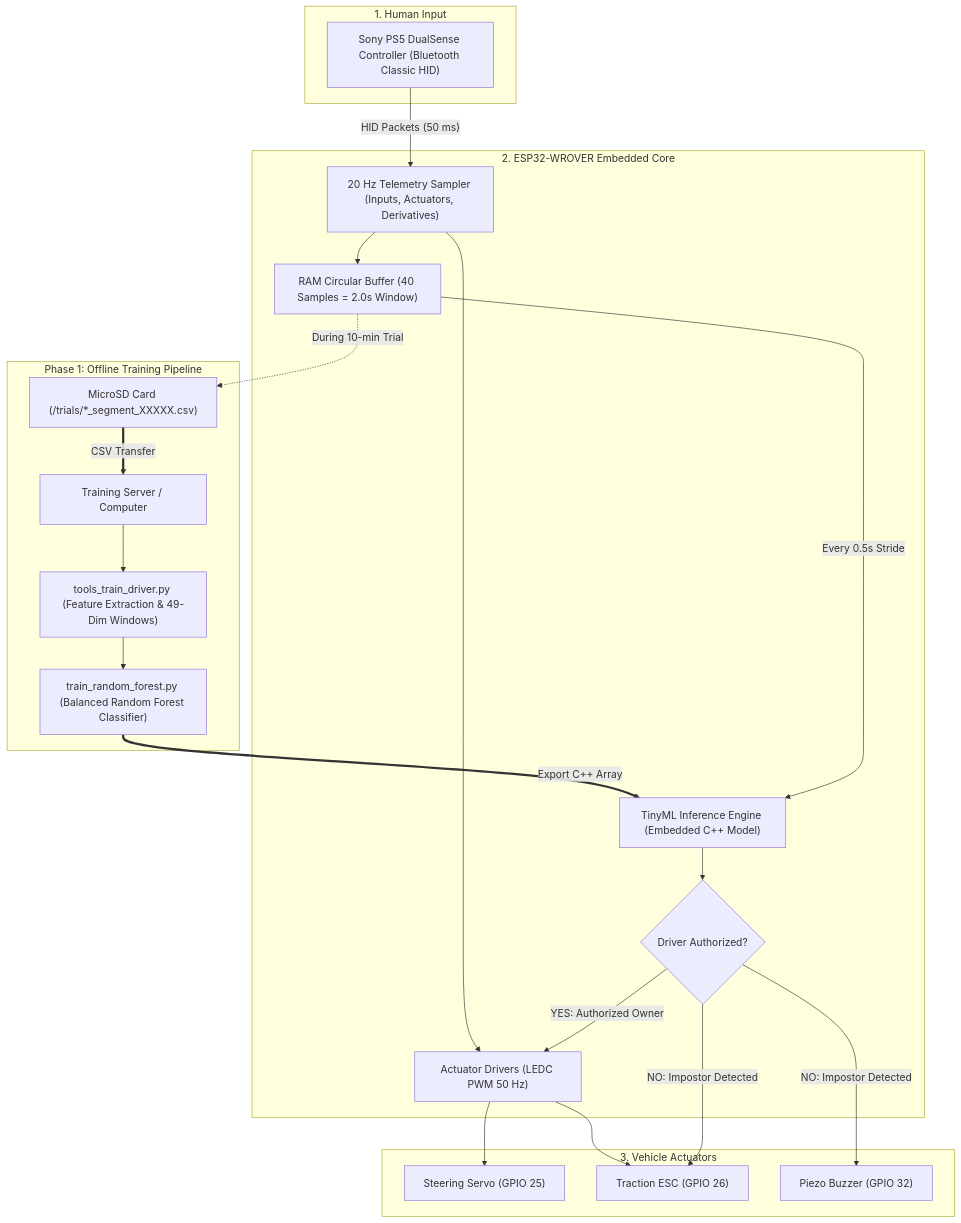
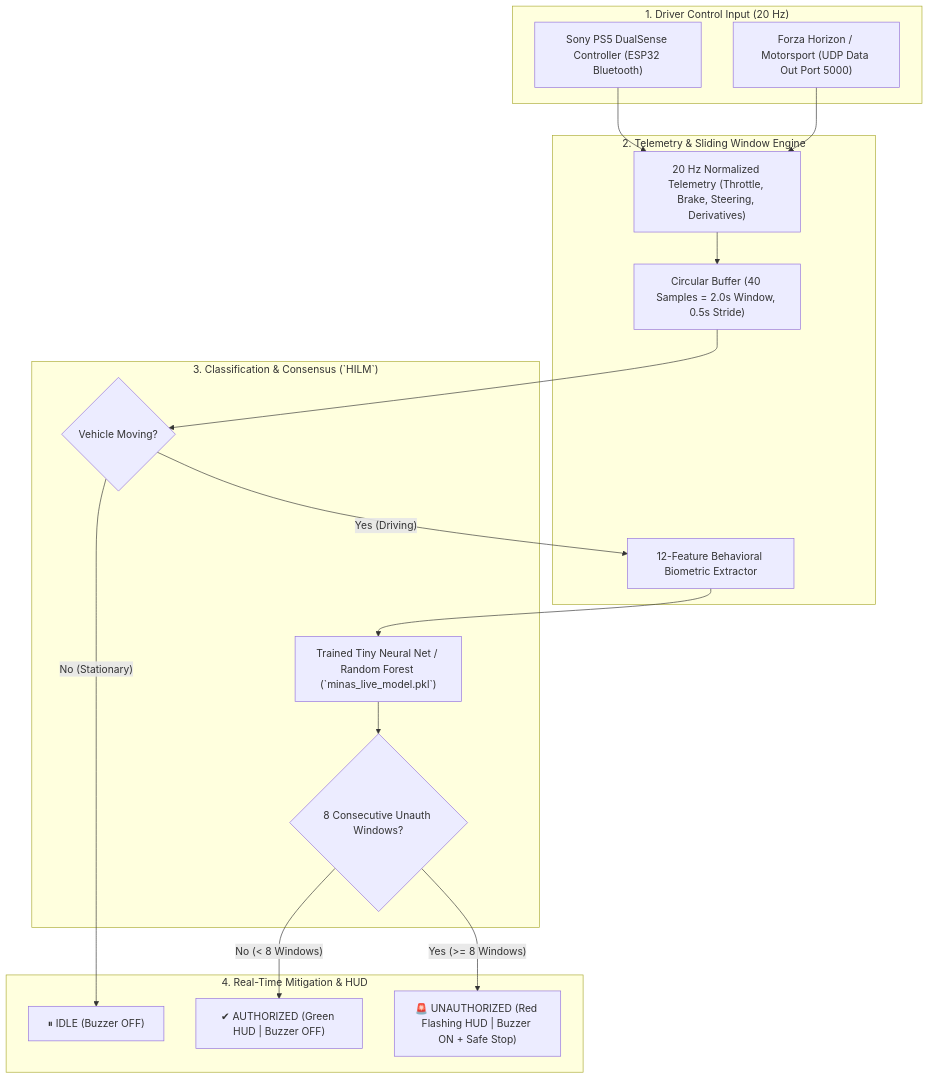
The diagram in README.md (EyalBraun/Minas), drawn with Mermaid before and after one commit. The commit also changed other lines of this file and 14 other files, not shown here.

First line of the commit message:
feat: implement live biometric driver authentication PoC and clean repository

````diff
--- a/README.md
+++ b/README.md
@@ -49,47 +50,36 @@
 ```mermaid
 flowchart TD
-    subgraph Human["1. Human Input"]
-        PS5["Sony PS5 DualSense Controller (Bluetooth Classic HID)"]
+    subgraph Input["1. Driver Control Input (20 Hz)"]
+        PS5["Sony PS5 DualSense Controller (ESP32 Bluetooth)"]
+        FORZA["Forza Horizon / Motorsport (UDP Data Out Port 5000)"]
     end
 
-    subgraph ESP["2. ESP32-WROVER Embedded Core"]
-        SAMPLER["20 Hz Telemetry Sampler (Inputs, Actuators, Derivatives)"]
-        RAM_BUF["RAM Circular Buffer (40 Samples = 2.0s Window)"]
-        ACT_OUT["Actuator Drivers (LEDC PWM 50 Hz)"]
-        TINYML["TinyML Inference Engine (Embedded C++ Model)"]
-        GATE{"Driver Authorized?"}
+    subgraph Core["2. Telemetry & Sliding Window Engine"]
+        SAMPLER["20 Hz Normalized Telemetry (Throttle, Brake, Steering, Derivatives)"]
+        BUF["Circular Buffer (40 Samples = 2.0s Window, 0.5s Stride)"]
+        FEAT["12-Feature Behavioral Biometric Extractor"]
     end
 
-    subgraph Physical["3. Vehicle Actuators"]
-        SERVO["Steering Servo (GPIO 25)"]
-        ESC["Traction ESC (GPIO 26)"]
-        BUZZ["Piezo Buzzer (GPIO 32)"]
+    subgraph ML["3. Classification & Consensus (`HILM`)"]
+        MODEL["Trained Tiny Neural Net / Random Forest (`minas_live_model.pkl`)"]
+        IDLE_CHK{"Vehicle Moving?"}
+        STREAK{"8 Consecutive Unauth Windows?"}
     end
 
-    subgraph Phase1["Phase 1: Offline Training Pipeline"]
-        SD["MicroSD Card (/trials/*_segment_XXXXX.csv)"]
-        PC["Training Server / Computer"]
-        PREP["tools_train_driver.py (Feature Extraction & 49-Dim Windows)"]
-        RF["train_random_forest.py (Balanced Random Forest Classifier)"]
+    subgraph Action["4. Real-Time Mitigation & HUD"]
+        IDLE_ST["⏸ IDLE (Buzzer OFF)"]
+        AUTH_ST["✔ AUTHORIZED (Green HUD | Buzzer OFF)"]
+        UNAUTH_ST["🚨 UNAUTHORIZED (Red Flashing HUD | Buzzer ON + Safe Stop)"]
     end
 
-    PS5 -->|"HID Packets (50 ms)"| SAMPLER
-    SAMPLER --> RAM_BUF
-    SAMPLER --> ACT_OUT
-    ACT_OUT --> SERVO
-    ACT_OUT --> ESC
-
-    %% Phase 1
-    RAM_BUF -.->|"During 10-min Trial"| SD
-    SD ==>|"CSV Transfer"| PC
-    PC --> PREP
-    PREP --> RF
-    RF ==>|"Export C++ Array"| TINYML
-
-    %% Phase 2
-    RAM_BUF -->|"Every 0.5s Stride"| TINYML
-    TINYML --> GATE
-    GATE -->|"YES: Authorized Owner"| ACT_OUT
-    GATE -->|"NO: Impostor Detected"| BUZZ
-    GATE -->|"NO: Impostor Detected"| ESC
+    PS5 --> SAMPLER
+    FORZA --> SAMPLER
+    SAMPLER --> BUF
+    BUF --> IDLE_CHK
+    IDLE_CHK -->|"No (Stationary)"| IDLE_ST
+    IDLE_CHK -->|"Yes (Driving)"| FEAT
+    FEAT --> MODEL
+    MODEL --> STREAK
+    STREAK -->|"No (< 8 Windows)"| AUTH_ST
+    STREAK -->|"Yes (>= 8 Windows)"| UNAUTH_ST
 ```
````
